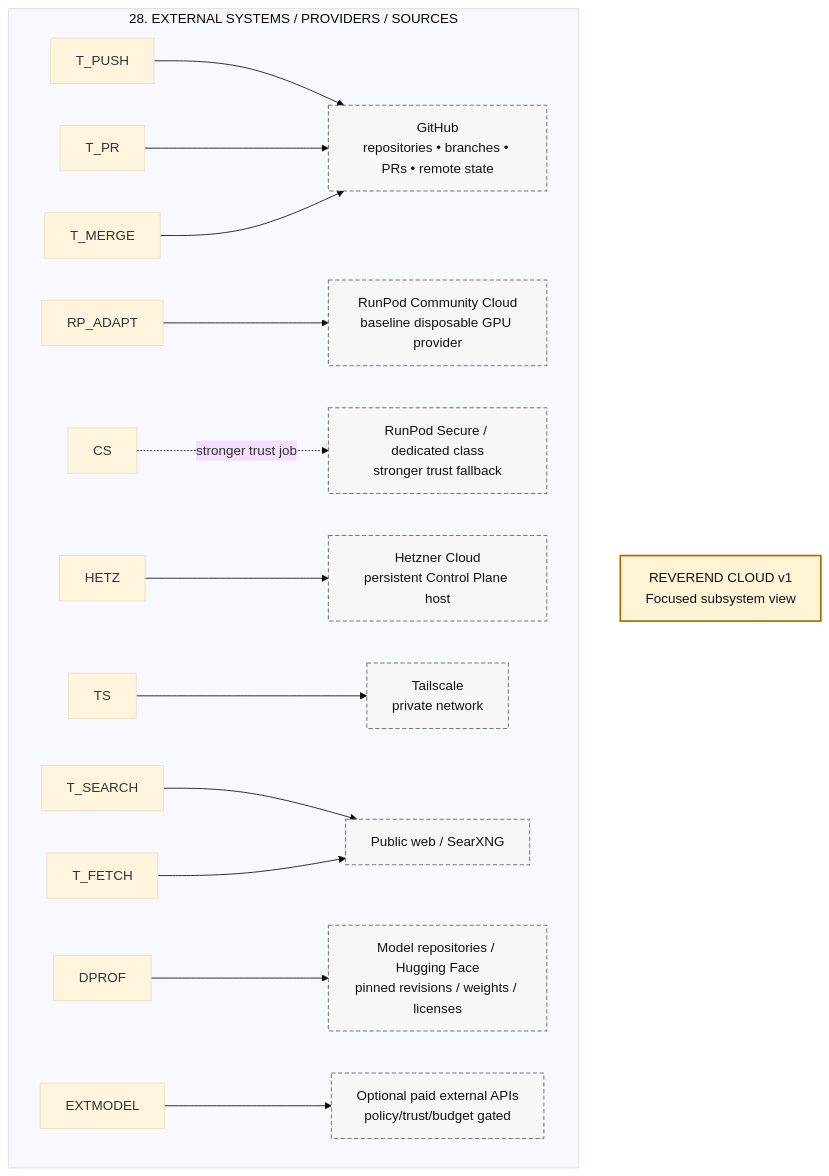
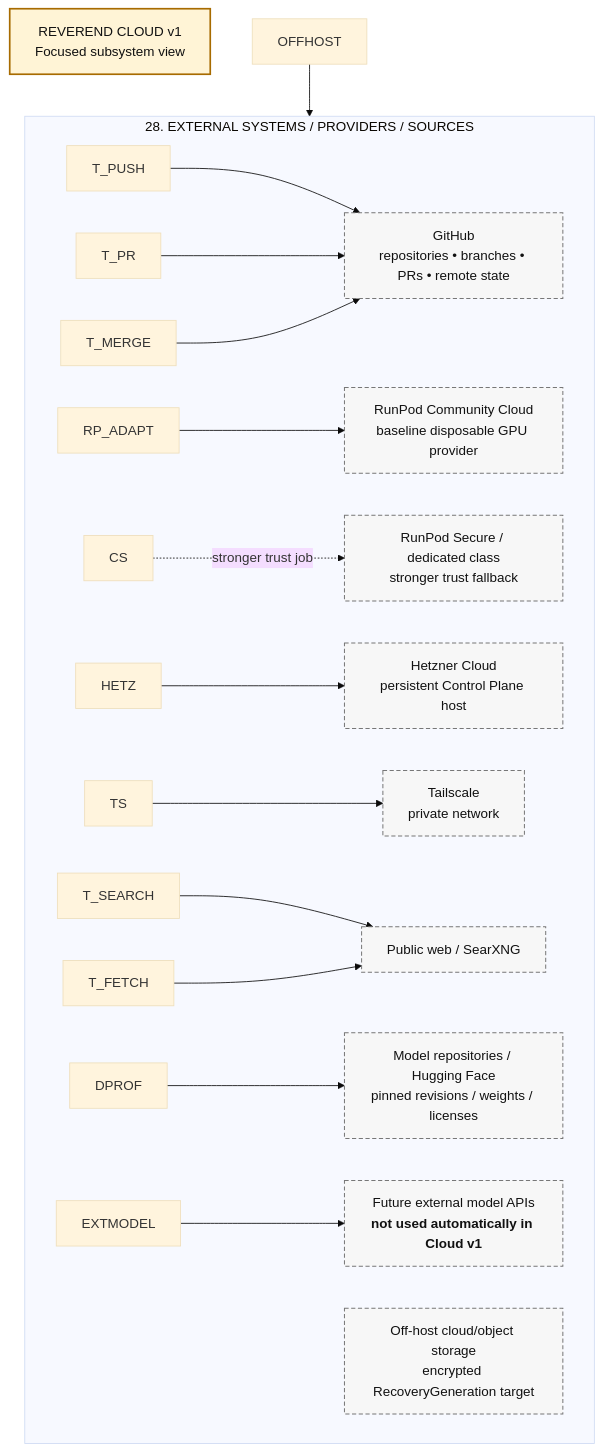
The diagram in Documentation/Design/Diagrams/Subsystems/28-external-systems.mmd (reverez/reverend), drawn with Mermaid (base theme) before and after one commit.

Commit message:
docs: align external systems with cloud recovery and no frontier API

```diff
--- a/Documentation/Design/Diagrams/Subsystems/28-external-systems.mmd
+++ b/Documentation/Design/Diagrams/Subsystems/28-external-systems.mmd
@@ -1,63 +1,66 @@
 flowchart TB
 
 %% STYLES
 %% =========================================================
 classDef human fill:#e8f0ff,stroke:#3458a4,stroke-width:2px,color:#111;
 classDef client fill:#eef7ff,stroke:#3678a8,stroke-width:1.5px,color:#111;
 classDef api fill:#e9fff7,stroke:#23855f,stroke-width:1.5px,color:#111;
 classDef authority fill:#fff4d6,stroke:#a76b00,stroke-width:2px,color:#111;
 classDef domain fill:#fff9e8,stroke:#a7802b,stroke-width:1.5px,color:#111;
 classDef agent fill:#f5edff,stroke:#7552a8,stroke-width:1.5px,color:#111;
 classDef context fill:#f8f3ff,stroke:#8458aa,stroke-width:1.2px,color:#111;
 classDef tool fill:#fff0f0,stroke:#aa4949,stroke-width:1.5px,color:#111;
 classDef verify fill:#efffe9,stroke:#4e8a3c,stroke-width:1.5px,color:#111;
 classDef sched fill:#eefcf8,stroke:#2f7a68,stroke-width:1.5px,color:#111;
 classDef compute fill:#eef4ff,stroke:#4f68a8,stroke-width:1.5px,color:#111;
 classDef model fill:#f1ecff,stroke:#5f49a8,stroke-width:1.5px,color:#111;
 classDef durable fill:#fff2e5,stroke:#a6642c,stroke-width:1.5px,color:#111;
 classDef security fill:#ffecec,stroke:#a73b3b,stroke-width:1.5px,color:#111;
 classDef data fill:#f4f4f4,stroke:#666,stroke-width:1.3px,color:#111;
 classDef cost fill:#ecfff1,stroke:#3e8b55,stroke-width:1.5px,color:#111;
 classDef ops fill:#f2fbff,stroke:#3f7890,stroke-width:1.5px,color:#111;
 classDef external fill:#f7f7f7,stroke:#777,stroke-width:1.2px,stroke-dasharray:5 3,color:#111;
 classDef dev fill:#fff8ed,stroke:#9b6b23,stroke-width:1.3px,color:#111;
 classDef invariant fill:#fffbe6,stroke:#b09121,stroke-width:1.5px,color:#111;
 
 %% =========================================================
 
 ROOT["REVEREND CLOUD v1<br/>Focused subsystem view"]:::authority
 
 %% =========================================================
 %% FOCUSED VIEW
 %% Source: ../system-complete-mermaid-diagram.mmd
 %% Section 28: EXTERNAL SYSTEMS
 %% External cross-subsystem references may render as compact interface nodes.
 %% =========================================================
 
 %% =========================================================
 %% 28. EXTERNAL SYSTEMS
 %% =========================================================
 subgraph EXTERNAL["28. EXTERNAL SYSTEMS / PROVIDERS / SOURCES"]
 direction LR
 
 EXT_GH["GitHub<br/>repositories • branches • PRs • remote state"]:::external
 EXT_RP["RunPod Community Cloud<br/>baseline disposable GPU provider"]:::external
 EXT_RPSEC["RunPod Secure / dedicated class<br/>stronger trust fallback"]:::external
 EXT_HETZ["Hetzner Cloud<br/>persistent Control Plane host"]:::external
 EXT_TS["Tailscale<br/>private network"]:::external
 EXT_WEB["Public web / SearXNG"]:::external
 EXT_HF["Model repositories / Hugging Face<br/>pinned revisions / weights / licenses"]:::external
-EXT_API["Optional paid external APIs<br/>policy/trust/budget gated"]:::external
+EXT_OBJ["Off-host cloud/object storage<br/>encrypted RecoveryGeneration target"]:::external
+EXT_API["Future external model APIs<br/><b>not used automatically in Cloud v1</b>"]:::external
 
 T_PUSH --> EXT_GH
 T_PR --> EXT_GH
 T_MERGE --> EXT_GH
 RP_ADAPT --> EXT_RP
 CS -. stronger trust job .-> EXT_RPSEC
 HETZ --> EXT_HETZ
 TS --> EXT_TS
 T_SEARCH --> EXT_WEB
 T_FETCH --> EXT_WEB
 DPROF --> EXT_HF
 EXTMODEL --> EXT_API
 end
+
+OFFHOST --> EXT_OBJ
```
